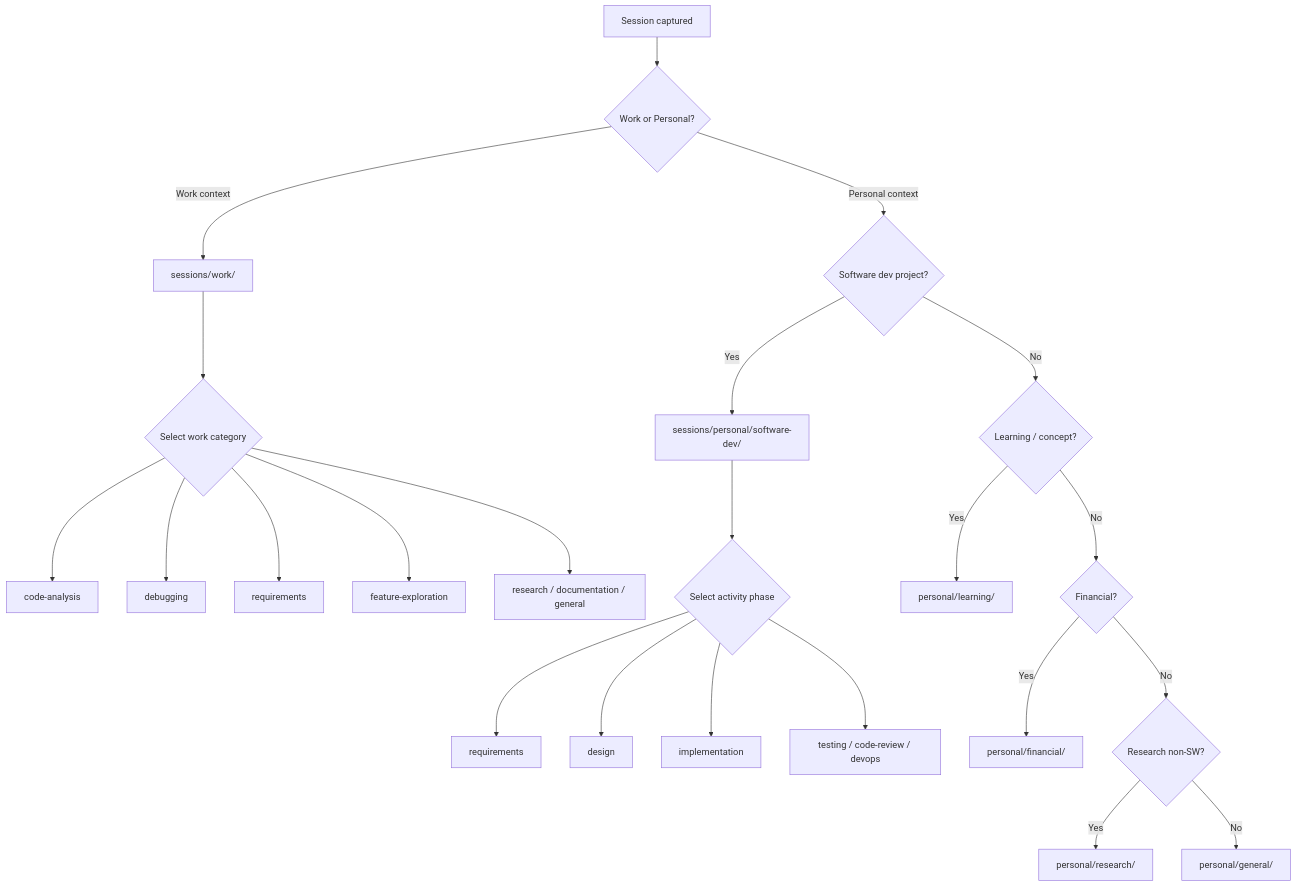
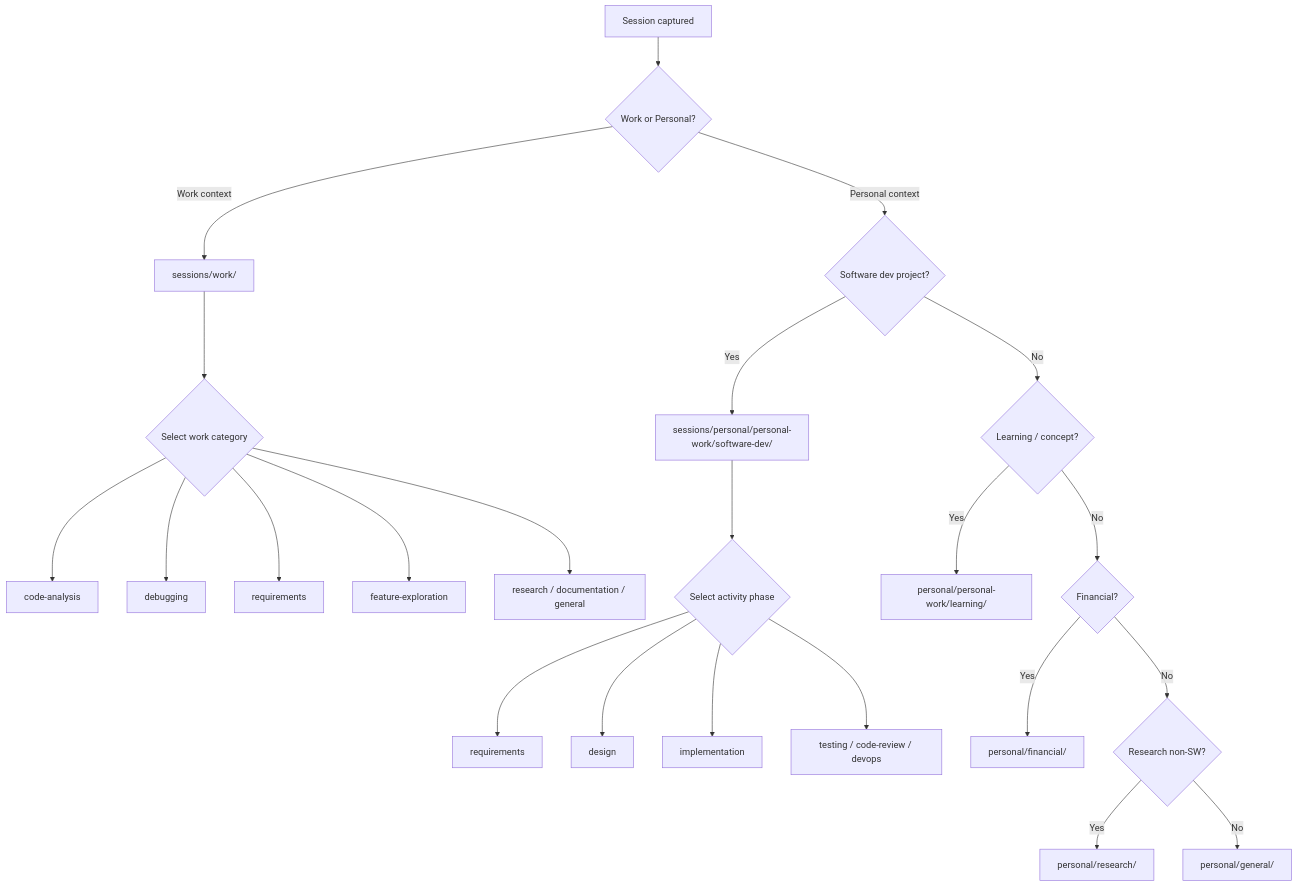
The second of 6 diagrams in .github/instructions/chat-capture.instructions.md (saharshpoddarorg/learning-assistant), drawn with Mermaid before and after one commit. The commit also changed other lines of this file and 15 other files, not shown here.

````diff
--- a/.github/instructions/chat-capture.instructions.md
+++ b/.github/instructions/chat-capture.instructions.md
@@ -155,27 +161,27 @@
 ```mermaid
 flowchart TD
     A[Session captured] --> B{Work or Personal?}
     B -->|Work context| C[sessions/work/]
     B -->|Personal context| D{Software dev project?}
-    D -->|Yes| E[sessions/personal/software-dev/]
+    D -->|Yes| E[sessions/personal/personal-work/software-dev/]
     D -->|No| F{Learning / concept?}
-    F -->|Yes| G[personal/learning/]
+    F -->|Yes| G[personal/personal-work/learning/]
     F -->|No| H{Financial?}
     H -->|Yes| I[personal/financial/]
     H -->|No| J{Research non-SW?}
     J -->|Yes| K[personal/research/]
     J -->|No| L[personal/general/]
 
     C --> M{Select work category}
     M --> M1[code-analysis]
     M --> M2[debugging]
     M --> M3[requirements]
     M --> M4[feature-exploration]
     M --> M5[research / documentation / general]
 
     E --> N{Select activity phase}
     N --> N1[requirements]
     N --> N2[design]
     N --> N3[implementation]
     N --> N4[testing / code-review / devops]
 ```
````
